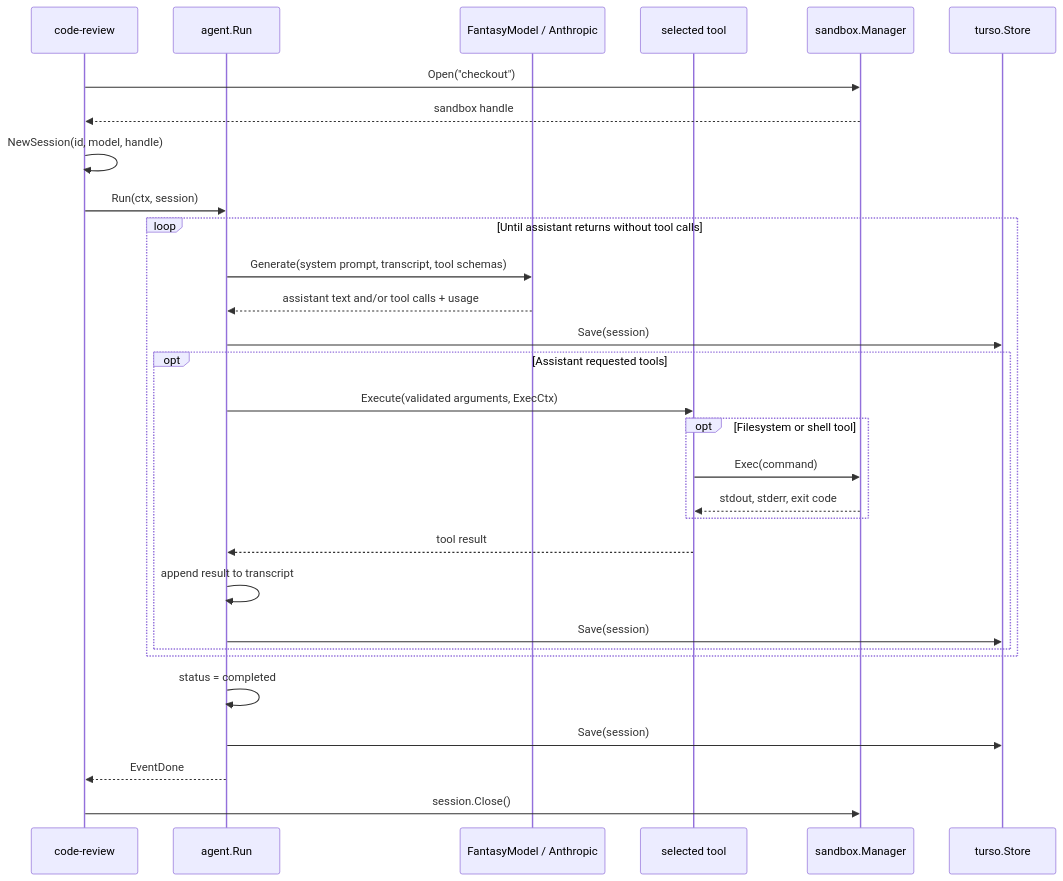
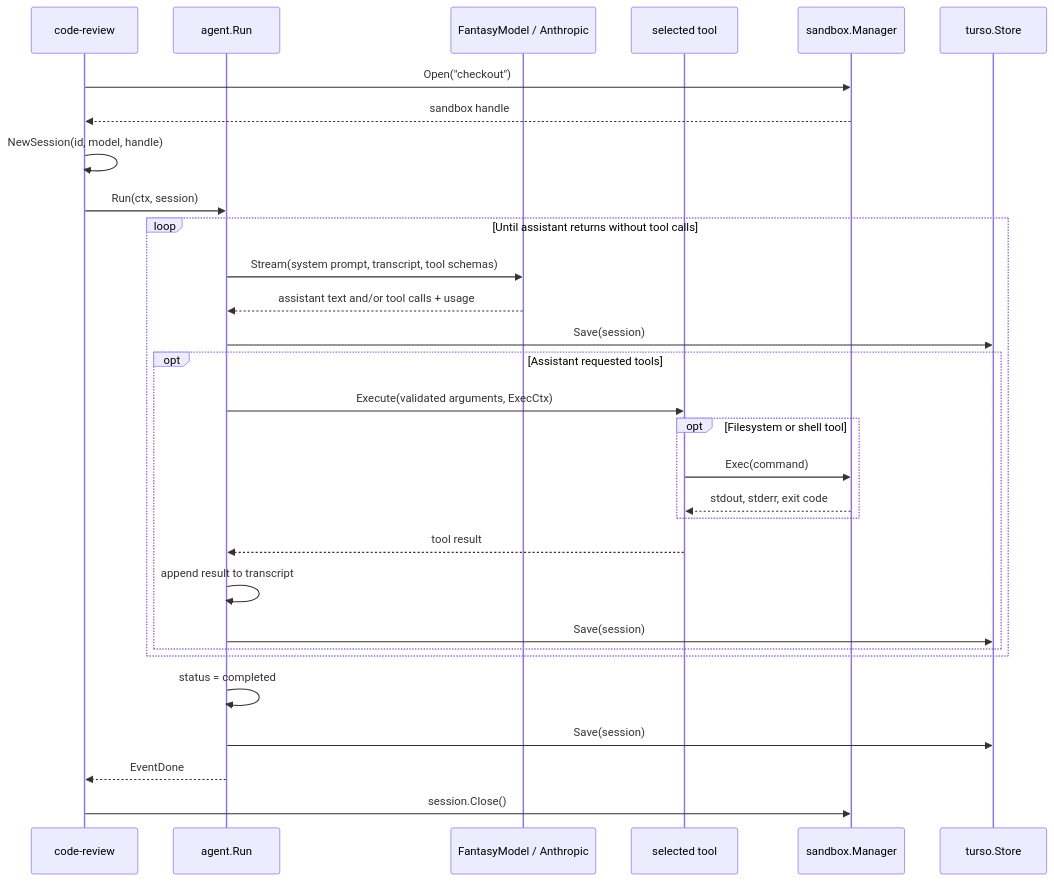
The second of 2 diagrams in metaharness/examples/code-review/README.md (maikdotfi/agentgarage), drawn with Mermaid before and after one commit. The commit also changed 12 other files, not shown here.

First line of the commit message:
agents stream their model calls with room to think; a cut-off thought is an error

````diff
--- a/metaharness/examples/code-review/README.md
+++ b/metaharness/examples/code-review/README.md
@@ -95,35 +95,35 @@
 ```mermaid
 sequenceDiagram
     participant App as code-review
     participant Agent as agent.Run
     participant Model as FantasyModel / Anthropic
     participant Tool as selected tool
     participant Sbx as sandbox.Manager
     participant Store as turso.Store
 
     App->>Sbx: Open("checkout")
     Sbx-->>App: sandbox handle
     App->>App: NewSession(id, model, handle)
     App->>Agent: Run(ctx, session)
 
     loop Until assistant returns without tool calls
-        Agent->>Model: Generate(system prompt, transcript, tool schemas)
+        Agent->>Model: Stream(system prompt, transcript, tool schemas)
         Model-->>Agent: assistant text and/or tool calls + usage
         Agent->>Store: Save(session)
         opt Assistant requested tools
             Agent->>Tool: Execute(validated arguments, ExecCtx)
             opt Filesystem or shell tool
                 Tool->>Sbx: Exec(command)
                 Sbx-->>Tool: stdout, stderr, exit code
             end
             Tool-->>Agent: tool result
             Agent->>Agent: append result to transcript
             Agent->>Store: Save(session)
         end
     end
 
     Agent->>Agent: status = completed
     Agent->>Store: Save(session)
     Agent-->>App: EventDone
     App->>Sbx: session.Close()
 ```
````
